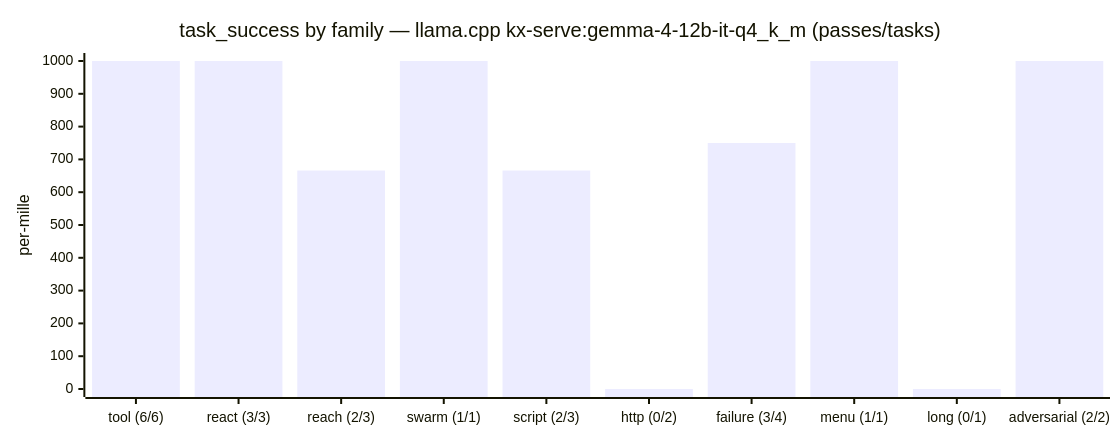
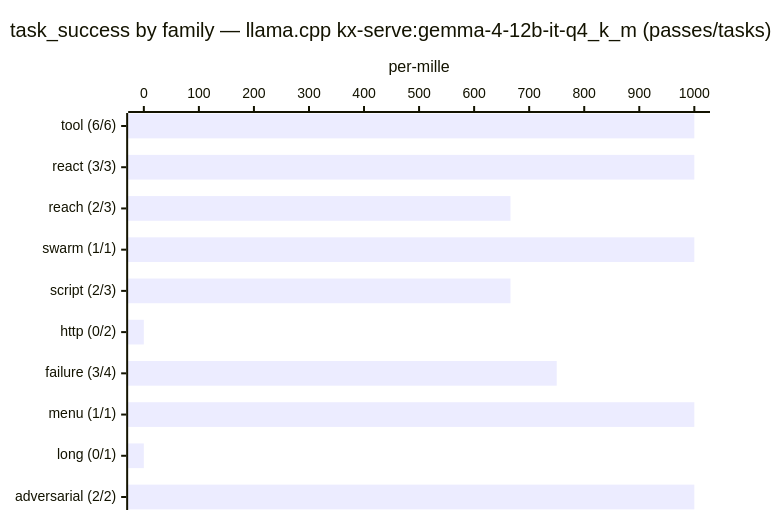
Before and after one commit to Kortecx/kortecx: the second of 2 diagrams in README.md, drawn with Mermaid. The commit also changed other lines of this file, not shown here.

Commit message:
docs: horizontal bench charts — ten labels each get their own line

````diff
--- a/README.md
+++ b/README.md
@@ -312,8 +311,7 @@
 ```mermaid
-%%{init: {"xyChart": {"width": 1100, "height": 420}}}%%
-xychart-beta
+xychart-beta horizontal
     title "task_success by family — llama.cpp kx-serve:gemma-4-12b-it-q4_k_m (passes/tasks)"
     x-axis ["tool (6/6)", "react (3/3)", "reach (2/3)", "swarm (1/1)", "script (2/3)", "http (0/2)", "failure (3/4)", "menu (1/1)", "long (0/1)", "adversarial (2/2)"]
     y-axis "per-mille" 0 --> 1000
     bar [1000, 1000, 666, 1000, 666, 0, 750, 1000, 0, 1000]
 ```
````
